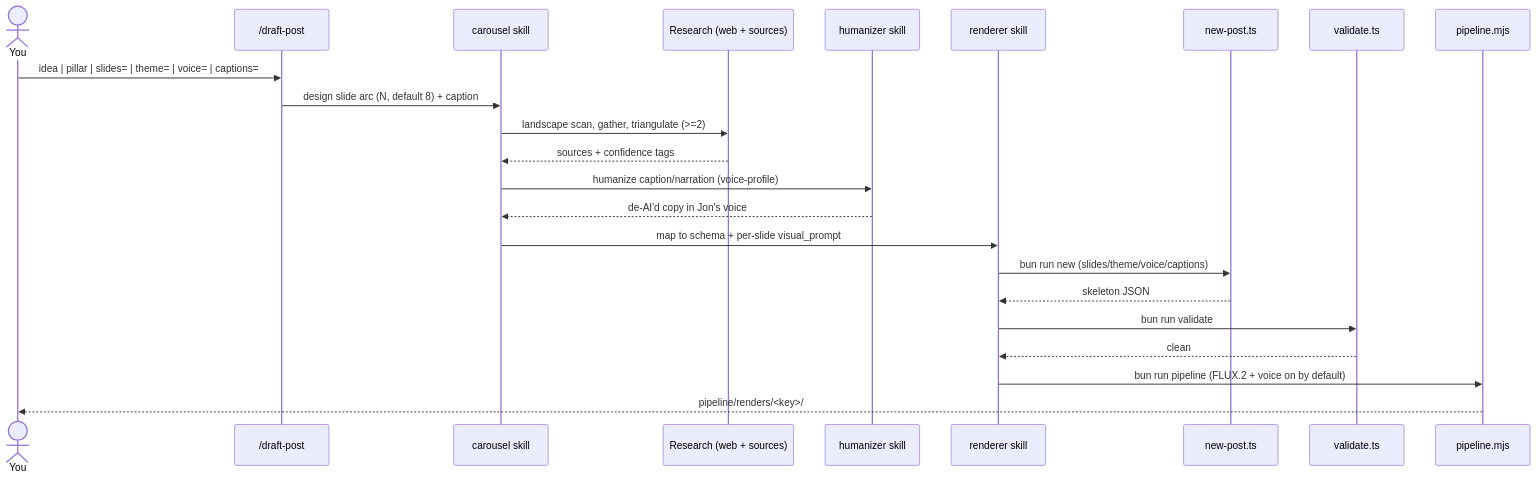
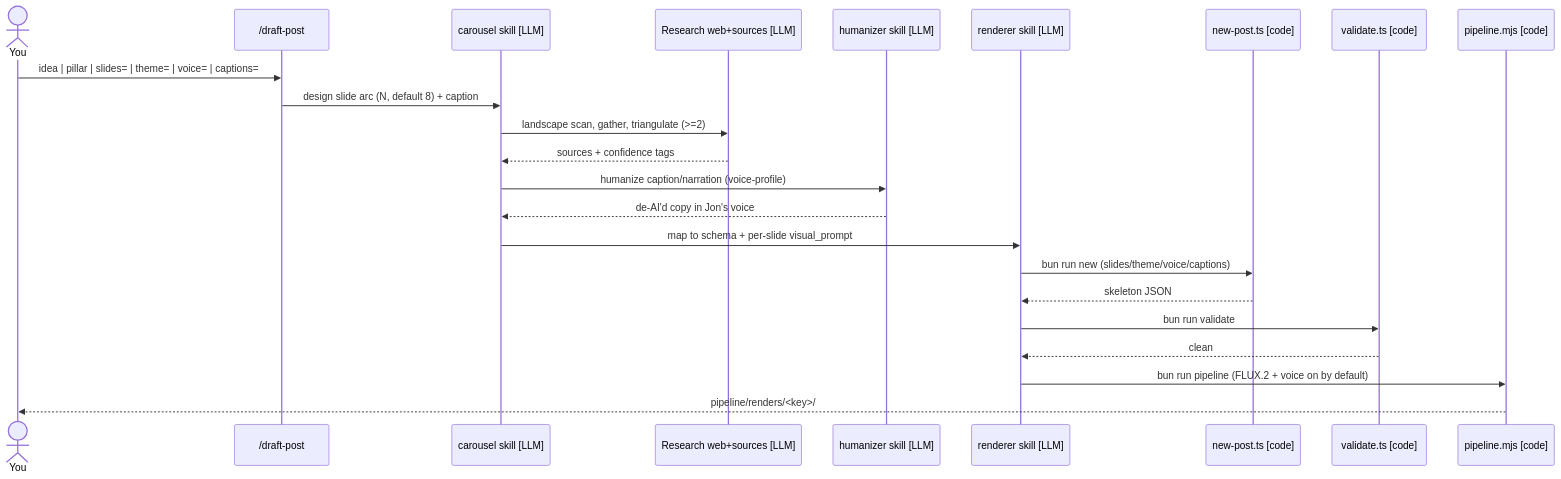
The first of 4 diagrams in renderer/docs/PIPELINE_ARCHITECTURE.md (jondmarien/ai-ugc-pipeline), drawn with Mermaid before and after one commit. The commit also changed other lines of this file and 2 other files, not shown here.

Commit message:
docs: annotate all architecture diagrams with [LLM]/[code]/[human]
Marks every architecture diagram so it's clear which steps an agent (LLM) does
vs a deterministic script vs a human. Each doc gets a legend; mixed flowcharts/
sequences tag nodes and participants, state diagrams tag transitions, and the
homogeneous render/research/GPU/ERD diagrams get a one-line caption. Answers
the common question directly: "Fill JSON / replace TODOs + sources" is [LLM]
(the scaffolder only writes empty TODOs); research/copy are [LLM]; the render
path and draft-context/new/validate/pipeline are [code]. Sequence aliases left
unquoted so the tags render without literal quotes.

Files: DRAFT_PIPELINE_ARCHITECTURE.md, PIPELINE_ARCHITECTURE.md,
PROJECT_ARCHITECTURE.md.

````diff
--- a/renderer/docs/PIPELINE_ARCHITECTURE.md
+++ b/renderer/docs/PIPELINE_ARCHITECTURE.md
@@ -13,25 +15,25 @@
 ```mermaid
 sequenceDiagram
     actor U as You
     participant CMD as /draft-post
-    participant C as carousel skill
-    participant R as Research (web + sources)
-    participant H as humanizer skill
-    participant RN as renderer skill
-    participant NEW as new-post.ts
-    participant V as validate.ts
-    participant P as pipeline.mjs
+    participant C as carousel skill [LLM]
+    participant R as Research web+sources [LLM]
+    participant H as humanizer skill [LLM]
+    participant RN as renderer skill [LLM]
+    participant NEW as new-post.ts [code]
+    participant V as validate.ts [code]
+    participant P as pipeline.mjs [code]
     U->>CMD: idea | pillar | slides= | theme= | voice= | captions=
     CMD->>C: design slide arc (N, default 8) + caption
     C->>R: landscape scan, gather, triangulate (>=2)
     R-->>C: sources + confidence tags
     C->>H: humanize caption/narration (voice-profile)
     H-->>C: de-AI'd copy in Jon's voice
     C->>RN: map to schema + per-slide visual_prompt
     RN->>NEW: bun run new (slides/theme/voice/captions)
     NEW-->>RN: skeleton JSON
     RN->>V: bun run validate
     V-->>RN: clean
     RN->>P: bun run pipeline (FLUX.2 + voice on by default)
     P-->>U: pipeline/renders/<key>/
 ```
````
